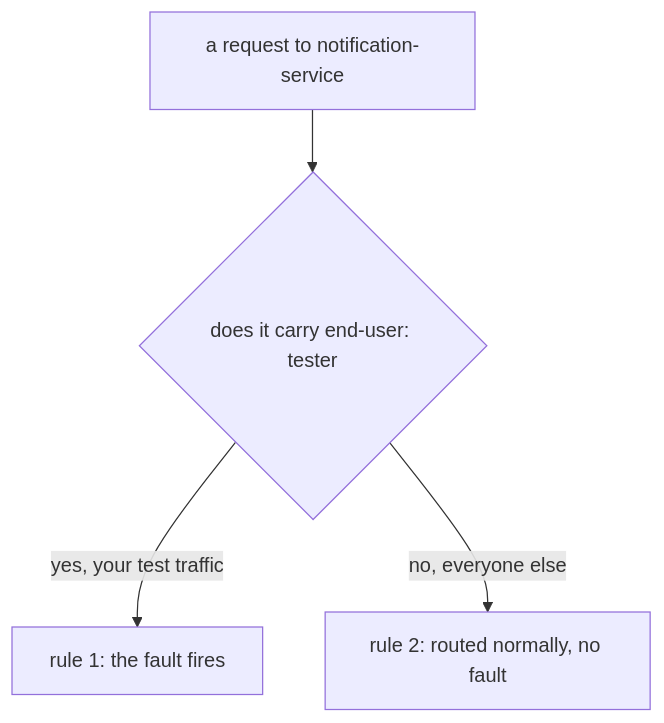
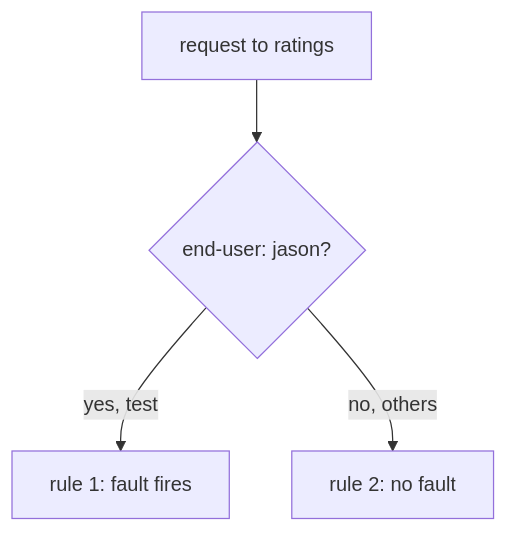
One commit to astrona-io/ATS014 changed the diagram in sections/section-050/module-01/course-03-scoping-composition-and-hazards.md. Above: the diagram before and after it, drawn with Mermaid. The commit also changed other lines of this file and 444 other files, not shown here.

````diff
--- a/sections/section-050/module-01/course-03-scoping-composition-and-hazards.md
+++ b/sections/section-050/module-01/course-03-scoping-composition-and-hazards.md
@@ -11,6 +9,6 @@
 ```mermaid
-flowchart TD
-    R["a request to notification-service"] --> M{"does it carry end-user: tester"}
-    M -->|"yes, your test traffic"| F["rule 1: the fault fires"]
-    M -->|"no, everyone else"| N["rule 2: routed normally, no fault"]
+flowchart TB
+    R["request to ratings"] --> M{"end-user: jason?"}
+    M -->|"yes, test"| F["rule 1: fault fires"]
+    M -->|"no, others"| N["rule 2: no fault"]
 ```
````
